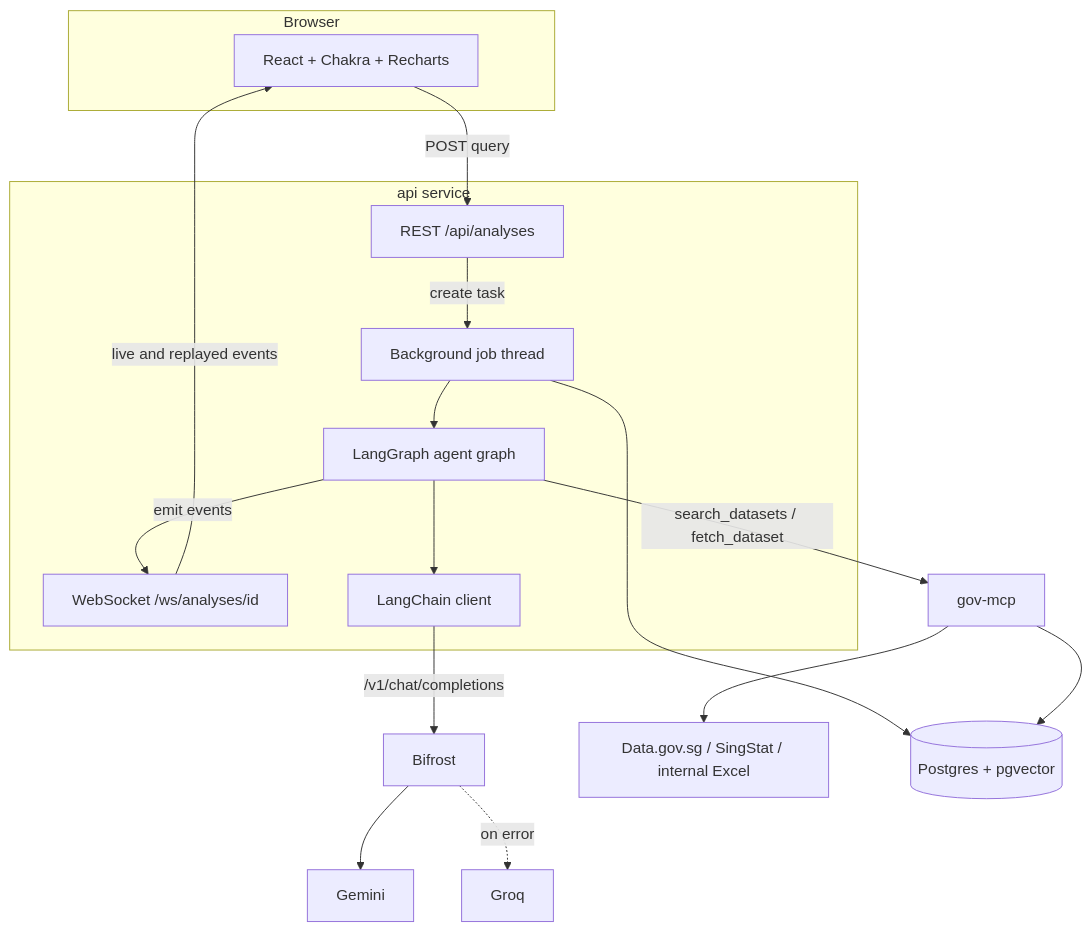
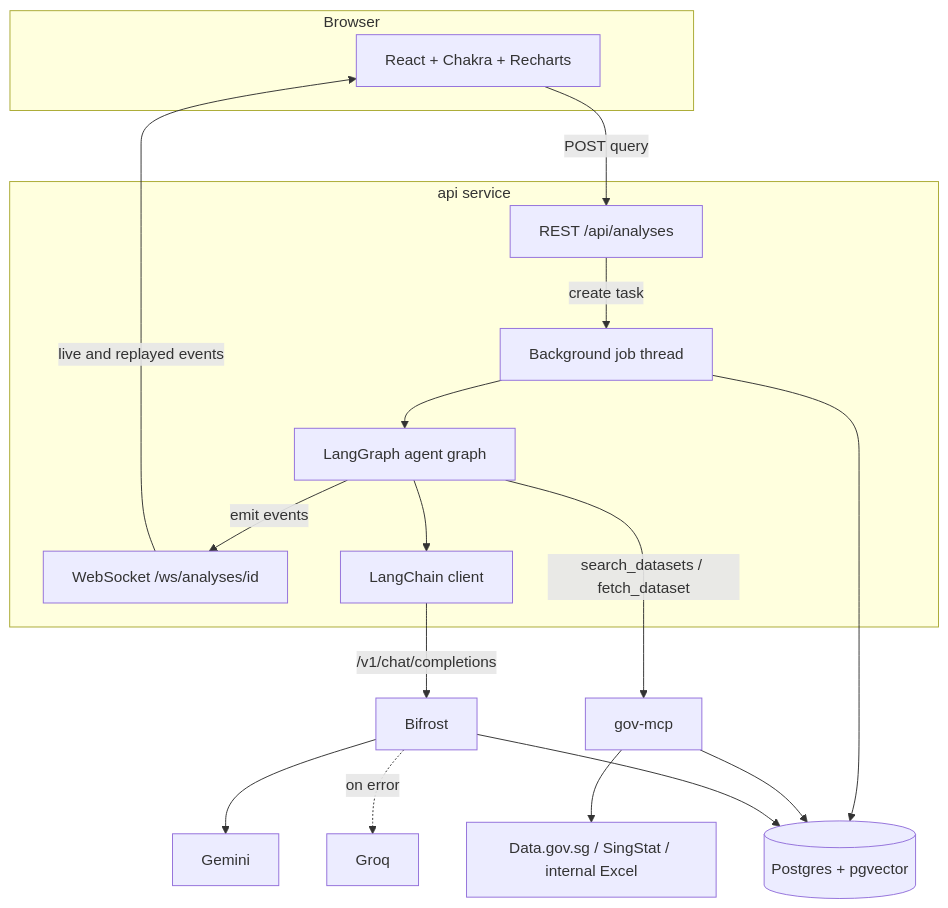
The second of 3 diagrams in ARCHITECTURE.md (Suizer98/SgStats), drawn with Mermaid before and after one commit. The commit also changed other lines of this file and 7 other files, not shown here.

````diff
--- a/ARCHITECTURE.md
+++ b/ARCHITECTURE.md
@@ -30,26 +31,27 @@
 ```mermaid
 flowchart TB
     subgraph Browser
         ui[React + Chakra + Recharts]
     end
     subgraph apiBox[api service]
         rest["REST /api/analyses"]
         ws["WebSocket /ws/analyses/id"]
         job[Background job thread]
         agents[LangGraph agent graph]
         llm[LangChain client]
     end
     ui -- POST query --> rest
     rest -- create task --> job
     job --> agents
     agents -- emit events --> ws
     ws -- live and replayed events --> ui
     agents --> llm
     llm -- "/v1/chat/completions" --> bifrost[Bifrost]
     bifrost --> gemini[Gemini]
     bifrost -. on error .-> groq[Groq]
     agents -- "search_datasets / fetch_dataset" --> mcp[gov-mcp]
     mcp --> sources["Data.gov.sg / SingStat / internal Excel"]
     job --> db[(Postgres + pgvector)]
     mcp --> db
+    bifrost --> db
 ```
````
